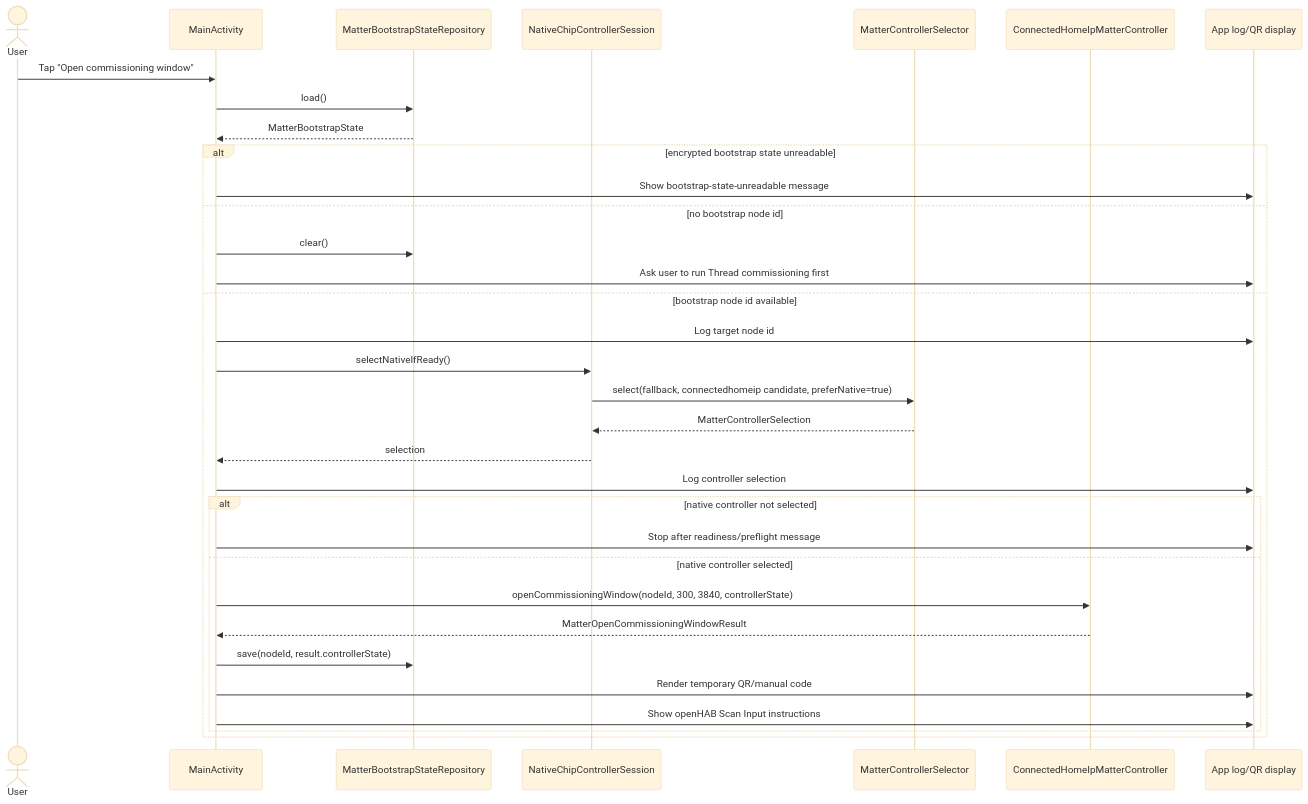
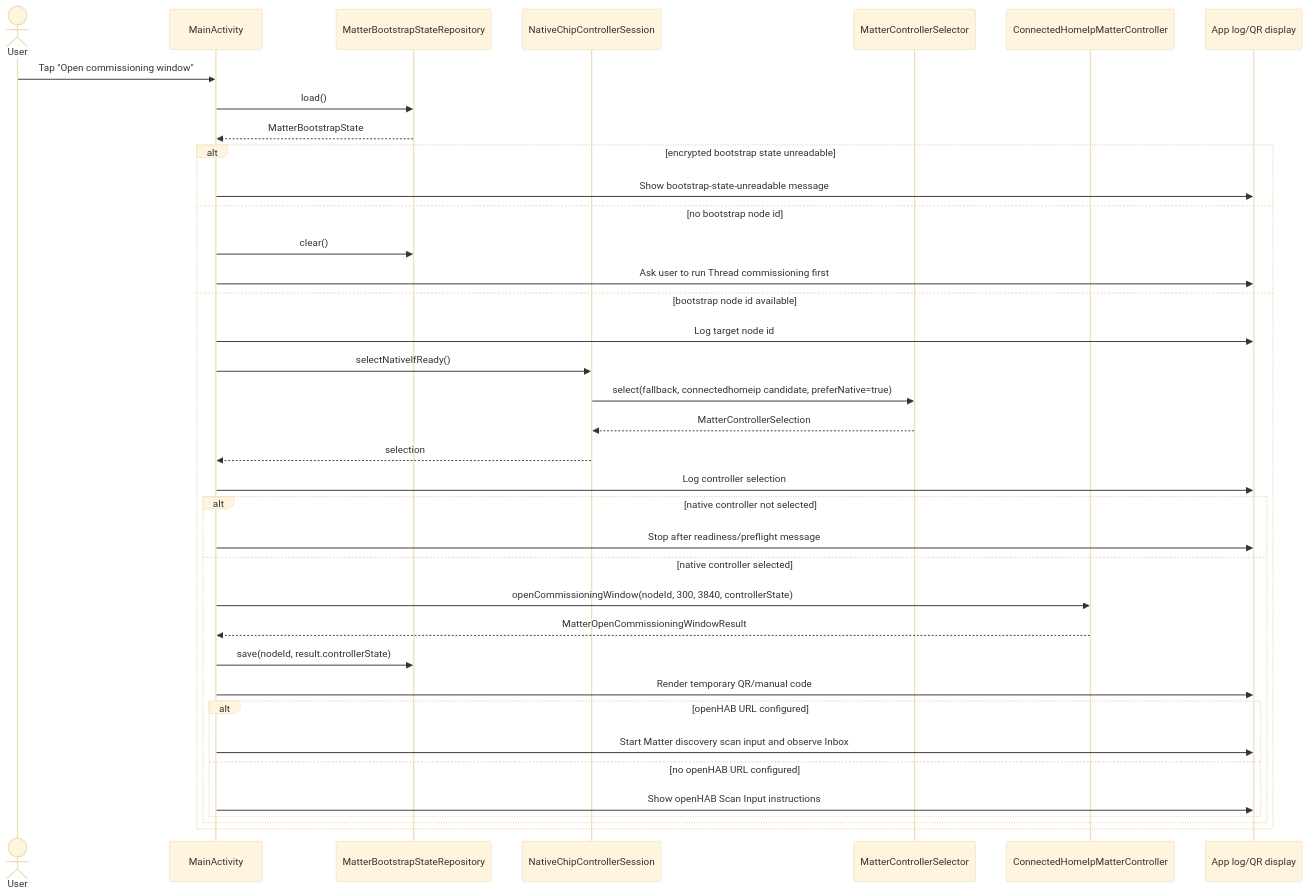
The second of 5 diagrams in docs/open-commissioning-window-workflow.md (reyhard/openhab-android-matter), drawn with Mermaid (base theme) before and after one commit. The commit also changed other lines of this file and 1 other file, not shown here.

Commit message:
Document openHAB Matter auto-scan handoff

````diff
--- a/docs/open-commissioning-window-workflow.md
+++ b/docs/open-commissioning-window-workflow.md
@@ -51,36 +59,40 @@
 ```mermaid
 sequenceDiagram
     actor User
     participant Activity as MainActivity
     participant Store as MatterBootstrapStateRepository
     participant Session as NativeChipControllerSession
     participant Selector as MatterControllerSelector
     participant Controller as ConnectedHomeIpMatterController
     participant UI as App log/QR display
 
     User->>Activity: Tap "Open commissioning window"
     Activity->>Store: load()
     Store-->>Activity: MatterBootstrapState
     alt encrypted bootstrap state unreadable
         Activity->>UI: Show bootstrap-state-unreadable message
     else no bootstrap node id
         Activity->>Store: clear()
         Activity->>UI: Ask user to run Thread commissioning first
     else bootstrap node id available
         Activity->>UI: Log target node id
         Activity->>Session: selectNativeIfReady()
         Session->>Selector: select(fallback, connectedhomeip candidate, preferNative=true)
         Selector-->>Session: MatterControllerSelection
         Session-->>Activity: selection
         Activity->>UI: Log controller selection
         alt native controller not selected
             Activity->>UI: Stop after readiness/preflight message
         else native controller selected
             Activity->>Controller: openCommissioningWindow(nodeId, 300, 3840, controllerState)
             Controller-->>Activity: MatterOpenCommissioningWindowResult
             Activity->>Store: save(nodeId, result.controllerState)
             Activity->>UI: Render temporary QR/manual code
-            Activity->>UI: Show openHAB Scan Input instructions
+            alt openHAB URL configured
+                Activity->>UI: Start Matter discovery scan input and observe Inbox
+            else no openHAB URL configured
+                Activity->>UI: Show openHAB Scan Input instructions
+            end
         end
     end
 ```
````
